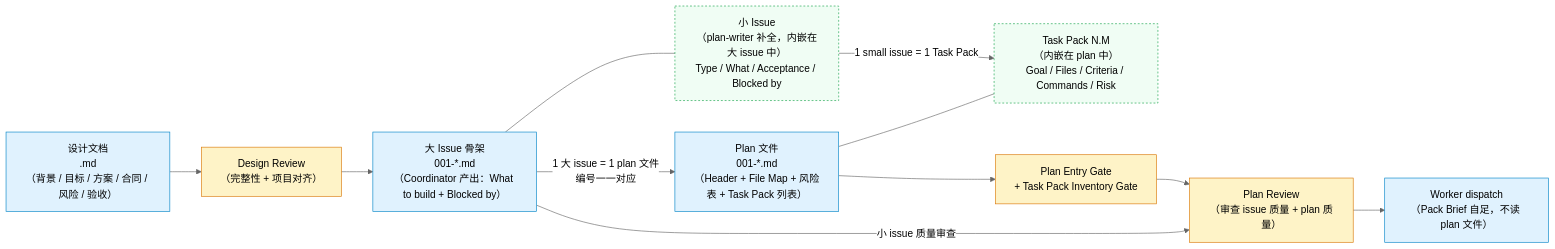
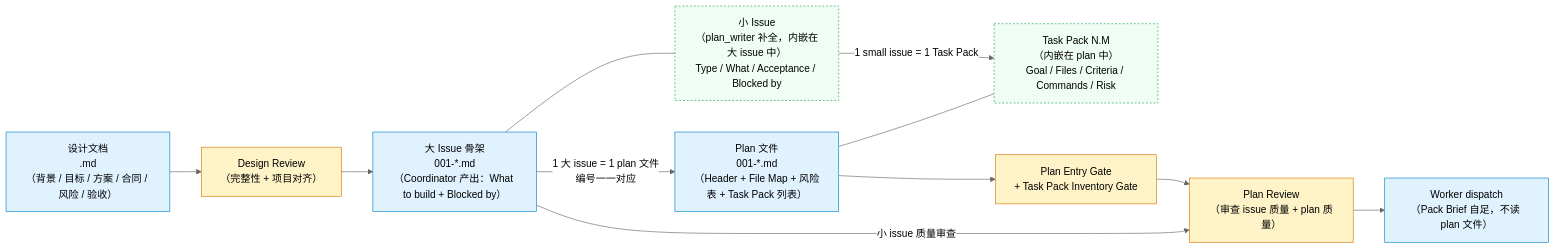
The fourth of 4 diagrams in codex-orchestrate/architecture-draft.md (chancheuklap/multi-model-workflow), drawn with Mermaid (neutral theme) before and after one commit. The commit also changed other lines of this file and 41 other files, not shown here.

````diff
--- a/codex-orchestrate/architecture-draft.md
+++ b/codex-orchestrate/architecture-draft.md
@@ -327,25 +327,25 @@
 ```mermaid
 flowchart LR
     classDef doc fill:#e0f2fe,stroke:#0284c7
     classDef gate fill:#fef3c7,stroke:#d97706
     classDef embed fill:#f0fdf4,stroke:#16a34a,stroke-dasharray: 3 3
 
     D["设计文档\n<slug>.md\n（背景 / 目标 / 方案 / 合同 / 风险 / 验收）"]:::doc
     DR["Design Review\n（完整性 + 项目对齐）"]:::gate
     I["大 Issue 骨架\n001-*.md\n（Coordinator 产出：What to build + Blocked by）"]:::doc
-    SI["小 Issue\n（plan-writer 补全，内嵌在大 issue 中）\nType / What / Acceptance / Blocked by"]:::embed
+    SI["小 Issue\n（plan_writer 补全，内嵌在大 issue 中）\nType / What / Acceptance / Blocked by"]:::embed
     P["Plan 文件\n001-*.md\n（Header + File Map + 风险表 + Task Pack 列表）"]:::doc
     TP["Task Pack N.M\n（内嵌在 plan 中）\nGoal / Files / Criteria / Commands / Risk"]:::embed
     PG["Plan Entry Gate\n+ Task Pack Inventory Gate"]:::gate
     PRV["Plan Review\n（审查 issue 质量 + plan 质量）"]:::gate
     W["Worker dispatch\n（Pack Brief 自足，不读 plan 文件）"]:::doc
 
     D --> DR --> I
     I --- SI
     SI -->|"1 small issue = 1 Task Pack"| TP
     I -->|"1 大 issue = 1 plan 文件\n编号一一对应"| P
     P --- TP
     P --> PG --> PRV
     I -->|"小 issue 质量审查"| PRV
     PRV --> W
 ```
````
